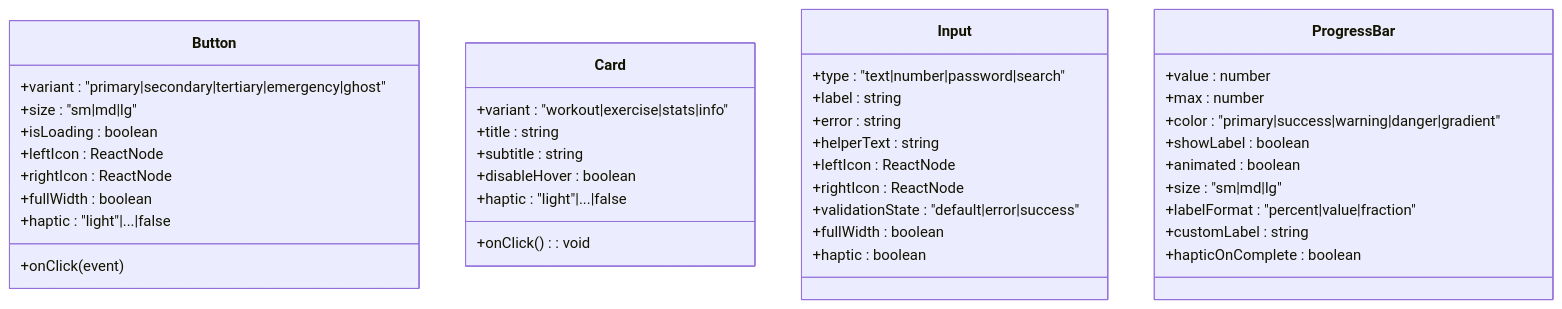
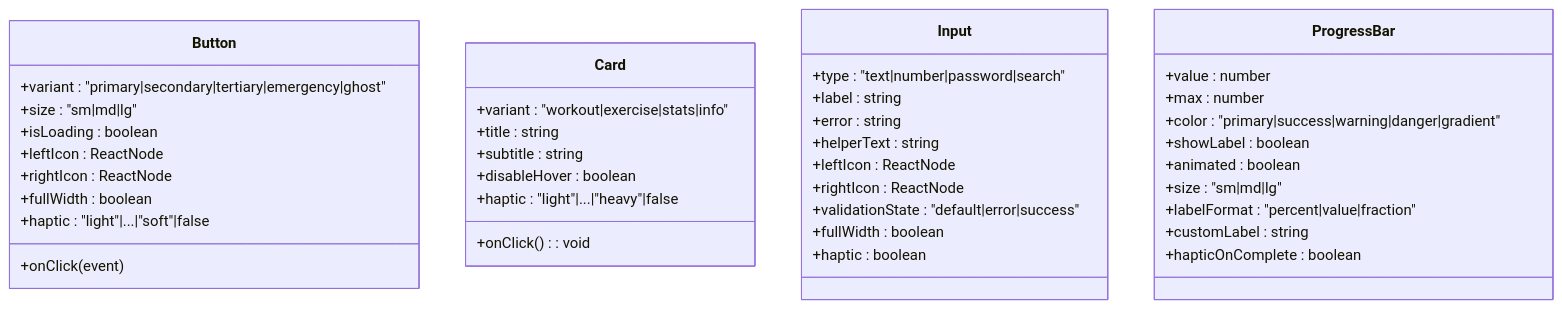
One commit to nilsnavi/fit_trackerpro changed the fifth of 9 diagrams in .qoder/repowiki/en/content/Frontend Component Architecture/Frontend Component Architecture.md. Above: the diagram before and after it, drawn with Mermaid. The commit also changed other lines of this file and 26 other files, not shown here.

````diff
--- a/.qoder/repowiki/en/content/Frontend Component Architecture/Frontend Component Architecture.md
+++ b/.qoder/repowiki/en/content/Frontend Component Architecture/Frontend Component Architecture.md
@@ -244,43 +280,43 @@
 ```mermaid
 classDiagram
 class Button {
 +variant : "primary|secondary|tertiary|emergency|ghost"
 +size : "sm|md|lg"
 +isLoading : boolean
 +leftIcon : ReactNode
 +rightIcon : ReactNode
 +fullWidth : boolean
-+haptic : "light"|...|false
++haptic : "light"|...|"soft"|false
 +onClick(event)
 }
 class Card {
 +variant : "workout|exercise|stats|info"
 +title : string
 +subtitle : string
 +onClick() : void
 +disableHover : boolean
-+haptic : "light"|...|false
++haptic : "light"|...|"heavy"|false
 }
 class Input {
 +type : "text|number|password|search"
 +label : string
 +error : string
 +helperText : string
 +leftIcon : ReactNode
 +rightIcon : ReactNode
 +validationState : "default|error|success"
 +fullWidth : boolean
 +haptic : boolean
 }
 class ProgressBar {
 +value : number
 +max : number
 +color : "primary|success|warning|danger|gradient"
 +showLabel : boolean
 +animated : boolean
 +size : "sm|md|lg"
 +labelFormat : "percent|value|fraction"
 +customLabel : string
 +hapticOnComplete : boolean
 }
 ```
````
